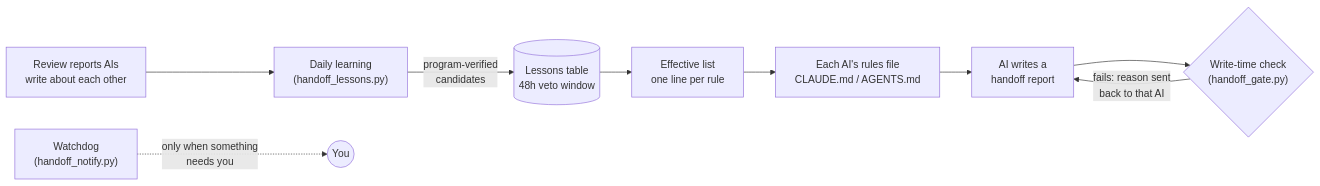
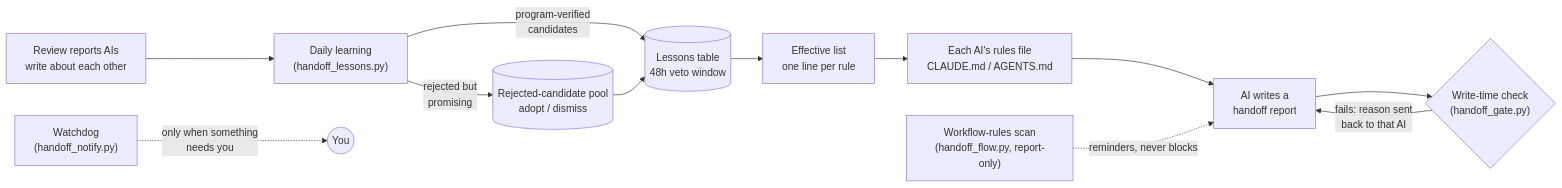
One commit to Wyk915501/self-improving-handoffs changed the diagram in README.md. Above: the diagram before and after it, drawn with Mermaid. The commit also changed other lines of this file and 11 other files, not shown here.

First line of the commit message:
v5: rejected-candidate pool with adopt/dismiss, workflow-rules scanner (report-only), lessons v3.6 / notify v1.7 / flow v0.1

````diff
--- a/README.md
+++ b/README.md
@@ -25,11 +26,14 @@
 ```mermaid
 flowchart LR
     A["AI writes a<br/>handoff report"] --> B{"Write-time check<br/>(handoff_gate.py)"}
     B -- "fails: reason sent<br/>back to that AI" --> A
     C["Review reports AIs<br/>write about each other"] --> D["Daily learning<br/>(handoff_lessons.py)"]
     D -- "program-verified<br/>candidates" --> E[("Lessons table<br/>48h veto window")]
+    D -- "rejected but<br/>promising" --> P[("Rejected-candidate pool<br/>adopt / dismiss")]
     E --> F["Effective list<br/>one line per rule"]
+    P --> E
     F --> G["Each AI's rules file<br/>CLAUDE.md / AGENTS.md"]
     G --> A
     H["Watchdog<br/>(handoff_notify.py)"] -. "only when something<br/>needs you" .-> I(("You"))
+    J["Workflow-rules scan<br/>(handoff_flow.py, report-only)"] -. "reminders, never blocks" .-> A
 ```
````
